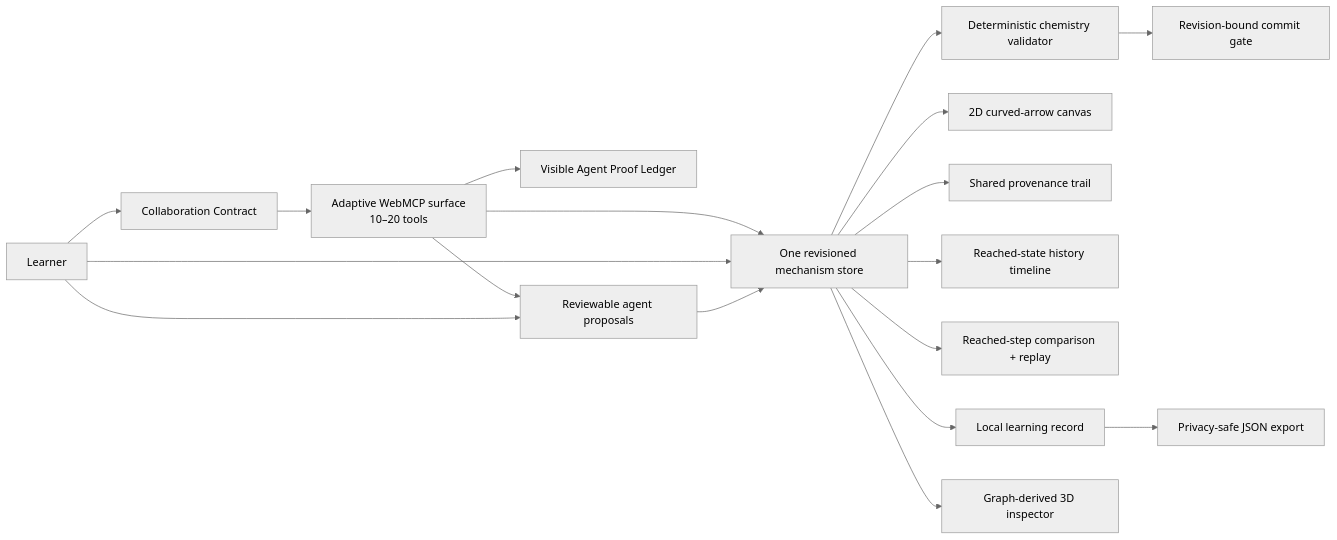
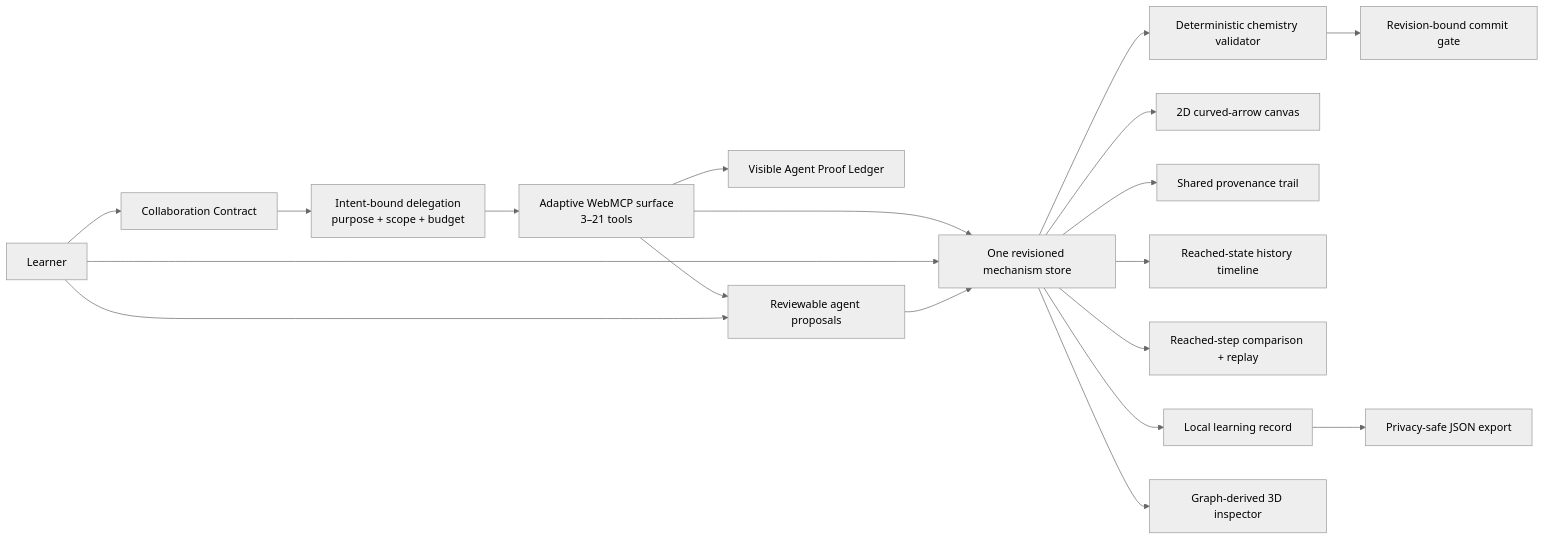
One commit to mihirduvedi/mechanism-canvas changed the diagram in README.md. Above: the diagram before and after it, drawn with Mermaid (neutral theme). The commit also changed other lines of this file and 25 other files, not shown here.

Commit message:
feat: add intent-bound WebMCP delegation sessions

````diff
--- a/README.md
+++ b/README.md
@@ -37,20 +37,21 @@
 ```mermaid
 flowchart LR
   H["Learner"] --> C["Collaboration Contract"]
-  C --> A["Adaptive WebMCP surface<br/>10–20 tools"]
+  C --> I["Intent-bound delegation<br/>purpose + scope + budget"]
+  I --> A["Adaptive WebMCP surface<br/>3–21 tools"]
   A --> S["One revisioned mechanism store"]
   A --> Q["Visible Agent Proof Ledger"]
   H --> S
   A --> P["Reviewable agent proposals"]
   H --> P
   P --> S
   S --> V["Deterministic chemistry validator"]
   S --> MC["2D curved-arrow canvas"]
   S --> T["Shared provenance trail"]
   S --> R["Reached-state history timeline"]
   S --> D["Reached-step comparison + replay"]
   S --> L["Local learning record"]
   L --> E["Privacy-safe JSON export"]
   S --> M["Graph-derived 3D inspector"]
   V --> G["Revision-bound commit gate"]
 ```
````
